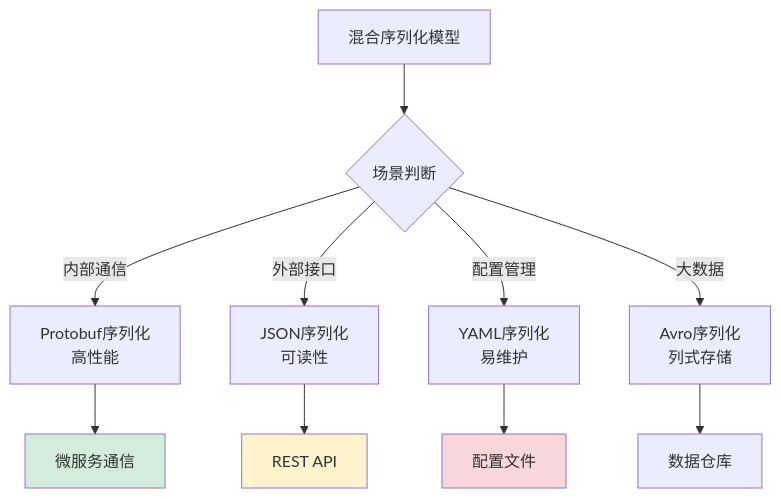
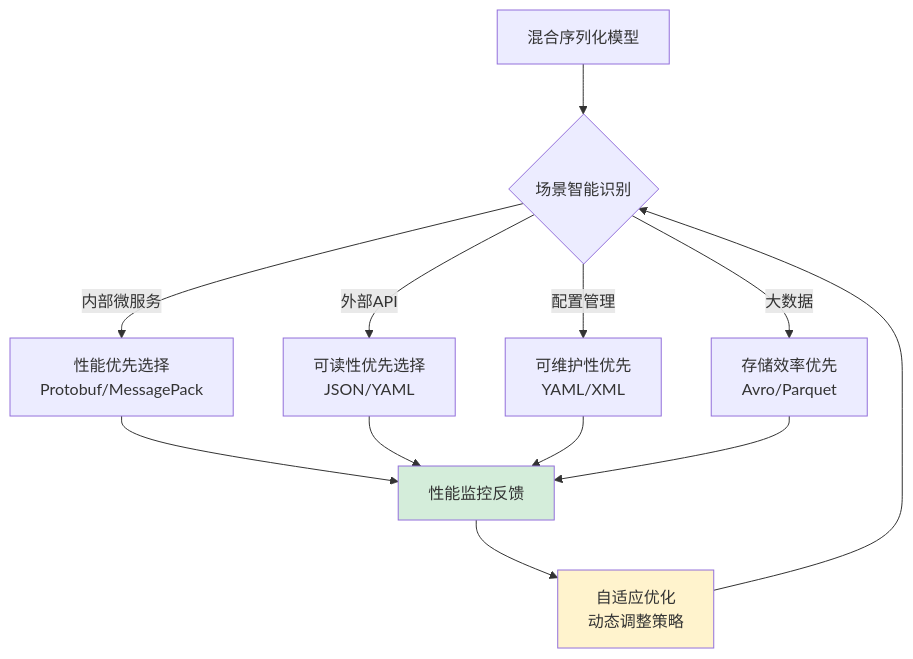
One commit to chongyang211/YCBookBlog changed the eighth of 29 diagrams in 00.通用技术的提升/02.程序编程原理/05.序列化数据的思想.md. Above: the diagram before and after it, drawn with Mermaid. The commit also changed other lines of this file and 5 other files, not shown here.

````diff
--- a/00.通用技术的提升/02.程序编程原理/05.序列化数据的思想.md
+++ b/00.通用技术的提升/02.程序编程原理/05.序列化数据的思想.md
@@ -374,17 +729,19 @@
 ```mermaid
 graph TB
-    A[混合序列化模型] --> B{场景判断}
-    B -->|内部通信| C[Protobuf序列化<br/>高性能]
-    B -->|外部接口| D[JSON序列化<br/>可读性]
-    B -->|配置管理| E[YAML序列化<br/>易维护]
-    B -->|大数据| F[Avro序列化<br/>列式存储]
+    A[混合序列化模型] --> B{场景智能识别}
+    B -->|内部微服务| C[性能优先选择<br/>Protobuf/MessagePack]
+    B -->|外部API| D[可读性优先选择<br/>JSON/YAML]
+    B -->|配置管理| E[可维护性优先<br/>YAML/XML]
+    B -->|大数据| F[存储效率优先<br/>Avro/Parquet]
     
-    C --> G[微服务通信]
-    D --> H[REST API]
-    E --> I[配置文件]
-    F --> J[数据仓库]
+    C --> G[性能监控反馈]
+    D --> G
+    E --> G
+    F --> G
+    
+    G --> H[自适应优化<br/>动态调整策略]
+    H --> B
     
     style G fill:#d4edda
     style H fill:#fff3cd
-    style I fill:#f8d7da
 ```
````
